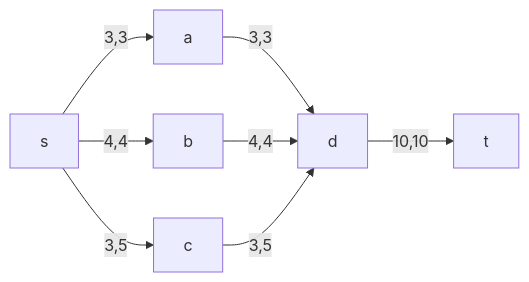
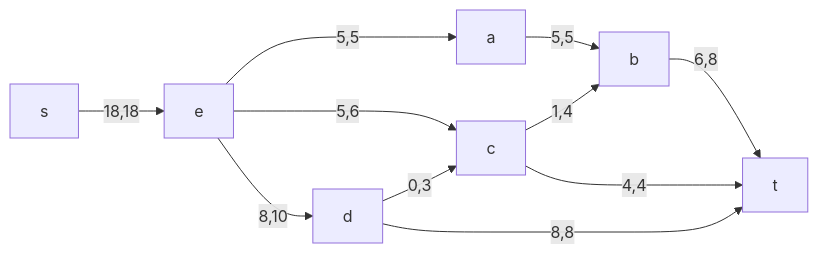
Before and after one commit to hse-algo-24-raven/manual-tasks-raven: the sixth of 14 diagrams in task-10/pustobek.md, drawn with Mermaid. The commit also changed other lines of this file, not shown here.

````diff
--- a/task-10/pustobek.md
+++ b/task-10/pustobek.md
@@ -72,10 +113,13 @@
 ```mermaid
 graph LR
-    s-->|3,3|a
-    s-->|4,4|b
-    s-->|3,5|c
-    a-->|3,3|d
-    b-->|4,4|d
-    c-->|3,5|d
-    d-->|10,10|t
+    s-->|18,18|e
+    e-->|5,5|a
+    e-->|5,6|c
+    e-->|8,10|d
+    a-->|5,5|b
+    c-->|1,4|b
+    d-->|0,3|c
+    b-->|6,8|t
+    c-->|4,4|t
+    d-->|8,8|t
 ```
````
